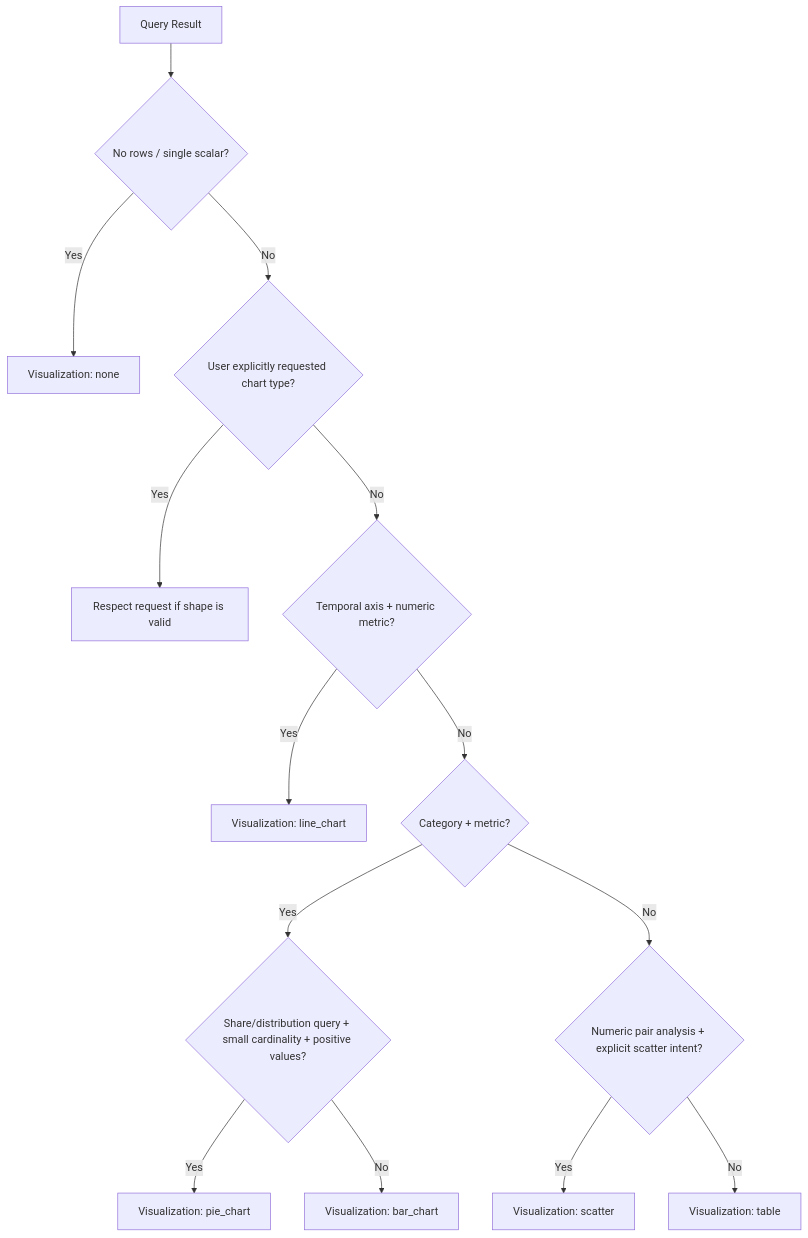
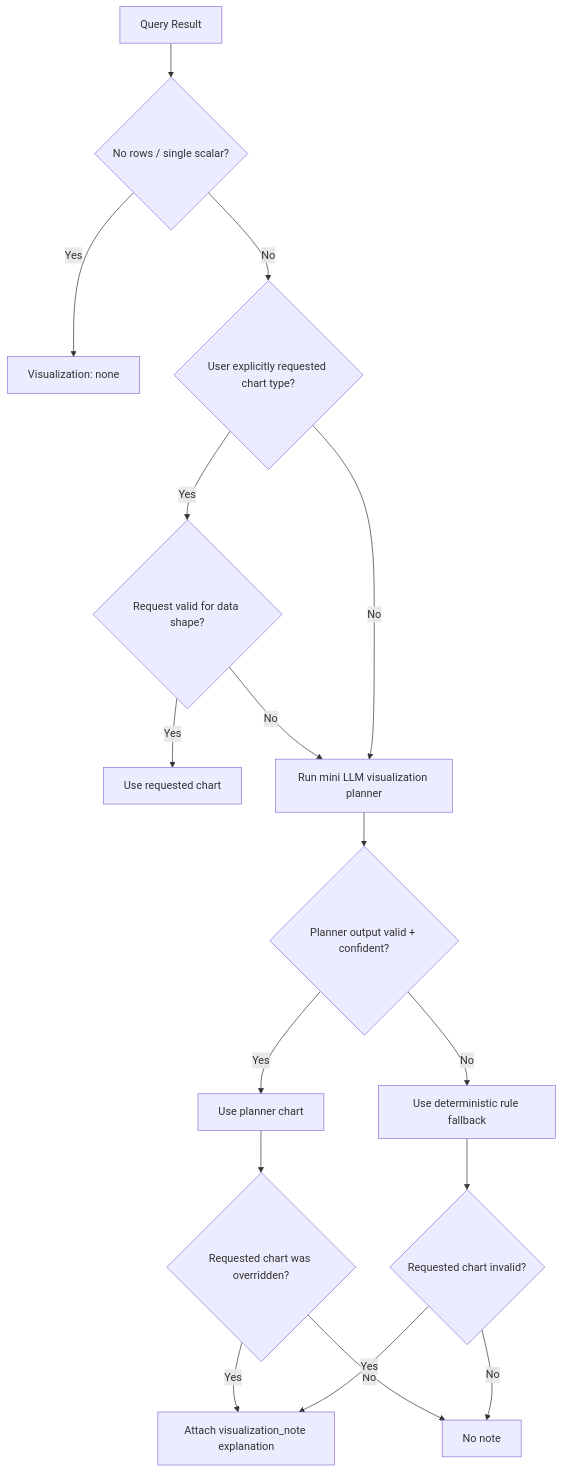
Before and after one commit to onubrooks/datachat: the second of 2 diagrams in docs/SQL_ROUTING_DECISION_TREE.md, drawn with Mermaid. The commit also changed 14 other files, not shown here.

Commit message:
Add LLM visualization planner with safe override notes

````diff
--- a/docs/SQL_ROUTING_DECISION_TREE.md
+++ b/docs/SQL_ROUTING_DECISION_TREE.md
@@ -34,16 +34,19 @@
 ```mermaid
 flowchart TD
   V0["Query Result"] --> V1{"No rows / single scalar?"}
   V1 -->|Yes| V2["Visualization: none"]
   V1 -->|No| V3{"User explicitly requested chart type?"}
-  V3 -->|Yes| V4["Respect request if shape is valid"]
-  V3 -->|No| V5{"Temporal axis + numeric metric?"}
-  V5 -->|Yes| V6["Visualization: line_chart"]
-  V5 -->|No| V7{"Category + metric?"}
-  V7 -->|Yes| V8{"Share/distribution query + small cardinality + positive values?"}
-  V8 -->|Yes| V9["Visualization: pie_chart"]
-  V8 -->|No| V10["Visualization: bar_chart"]
-  V7 -->|No| V11{"Numeric pair analysis + explicit scatter intent?"}
-  V11 -->|Yes| V12["Visualization: scatter"]
-  V11 -->|No| V13["Visualization: table"]
+  V3 -->|Yes| V4{"Request valid for data shape?"}
+  V4 -->|Yes| V5["Use requested chart"]
+  V4 -->|No| V6["Run mini LLM visualization planner"]
+  V3 -->|No| V6
+  V6 --> V7{"Planner output valid + confident?"}
+  V7 -->|Yes| V8["Use planner chart"]
+  V7 -->|No| V9["Use deterministic rule fallback"]
+  V8 --> V10{"Requested chart was overridden?"}
+  V10 -->|Yes| V11["Attach visualization_note explanation"]
+  V10 -->|No| V12["No note"]
+  V9 --> V13{"Requested chart invalid?"}
+  V13 -->|Yes| V11
+  V13 -->|No| V12
 ```
````
